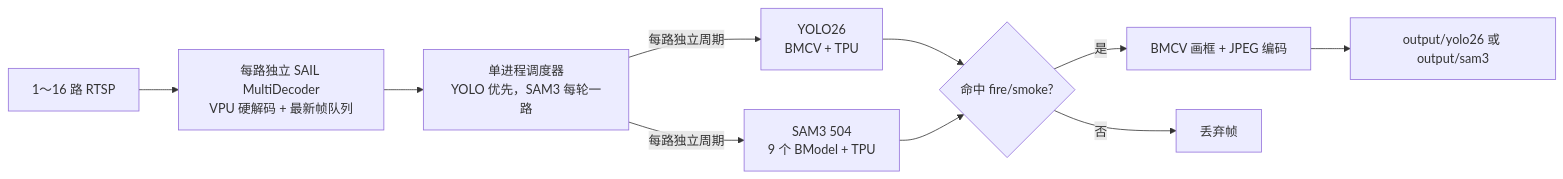
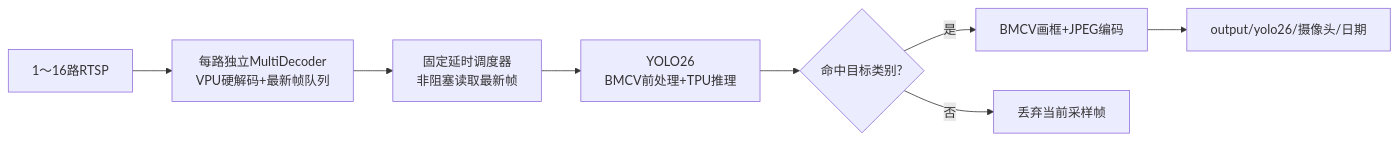
One commit to dongxuecheng/sophgo-rtsp-yolo-sam3 changed the diagram in README.md. Above: the diagram before and after it, drawn with Mermaid. The commit also changed other lines of this file and 10 other files, not shown here.

````diff
--- a/README.md
+++ b/README.md
@@ -9,12 +9,10 @@
 ```mermaid
 flowchart LR
-    RTSP["1～16 路 RTSP"] --> MD["每路独立 SAIL MultiDecoder\nVPU 硬解码 + 最新帧队列"]
-    MD --> S["单进程调度器\nYOLO 优先，SAM3 每轮一路"]
-    S -->|"每路独立周期"| Y["YOLO26\nBMCV + TPU"]
-    S -->|"每路独立周期"| A["SAM3 504\n9 个 BModel + TPU"]
-    Y --> F{"命中 fire/smoke?"}
-    A --> F
-    F -->|是| W["BMCV 画框 + JPEG 编码"]
-    F -->|否| D["丢弃帧"]
-    W --> O["output/yolo26 或 output/sam3"]
+    R["1～16路RTSP"] --> D["每路独立MultiDecoder<br/>VPU硬解码+最新帧队列"]
+    D --> S["固定延时调度器<br/>非阻塞读取最新帧"]
+    S --> Y["YOLO26<br/>BMCV前处理+TPU推理"]
+    Y --> H{"命中目标类别?"}
+    H -->|是| W["BMCV画框+JPEG编码"]
+    H -->|否| X["丢弃当前采样帧"]
+    W --> O["output/yolo26/摄像头/日期"]
 ```
````
